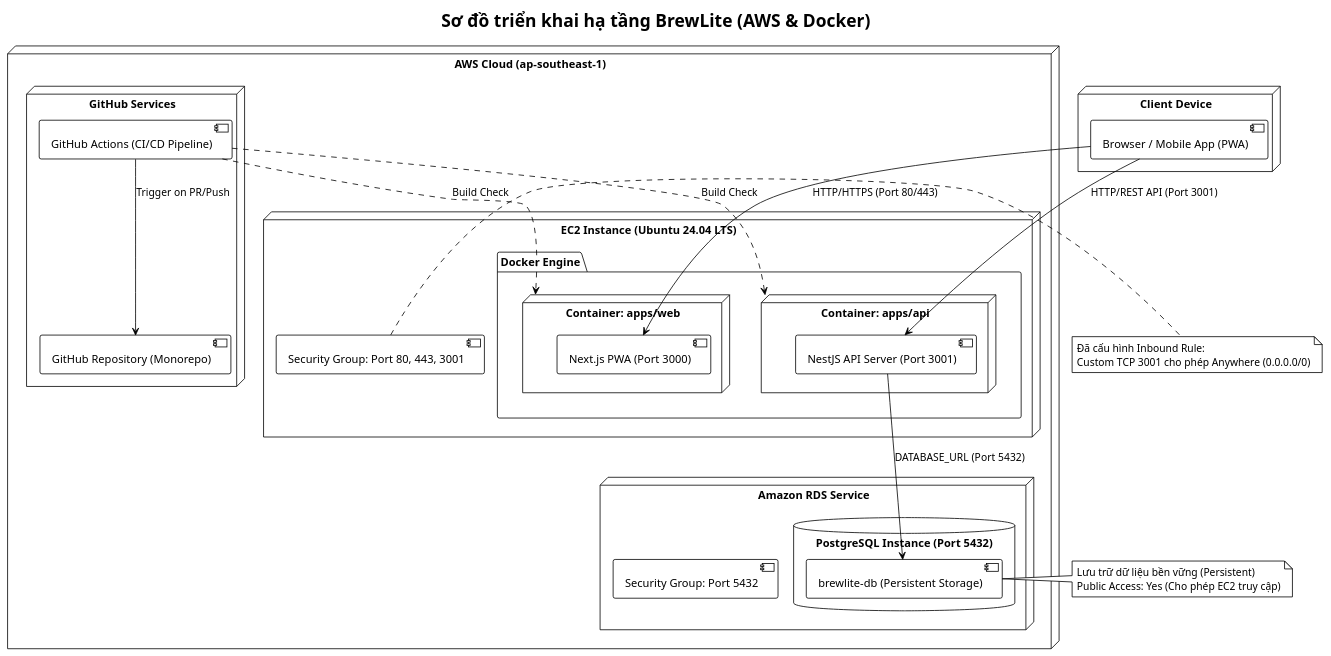
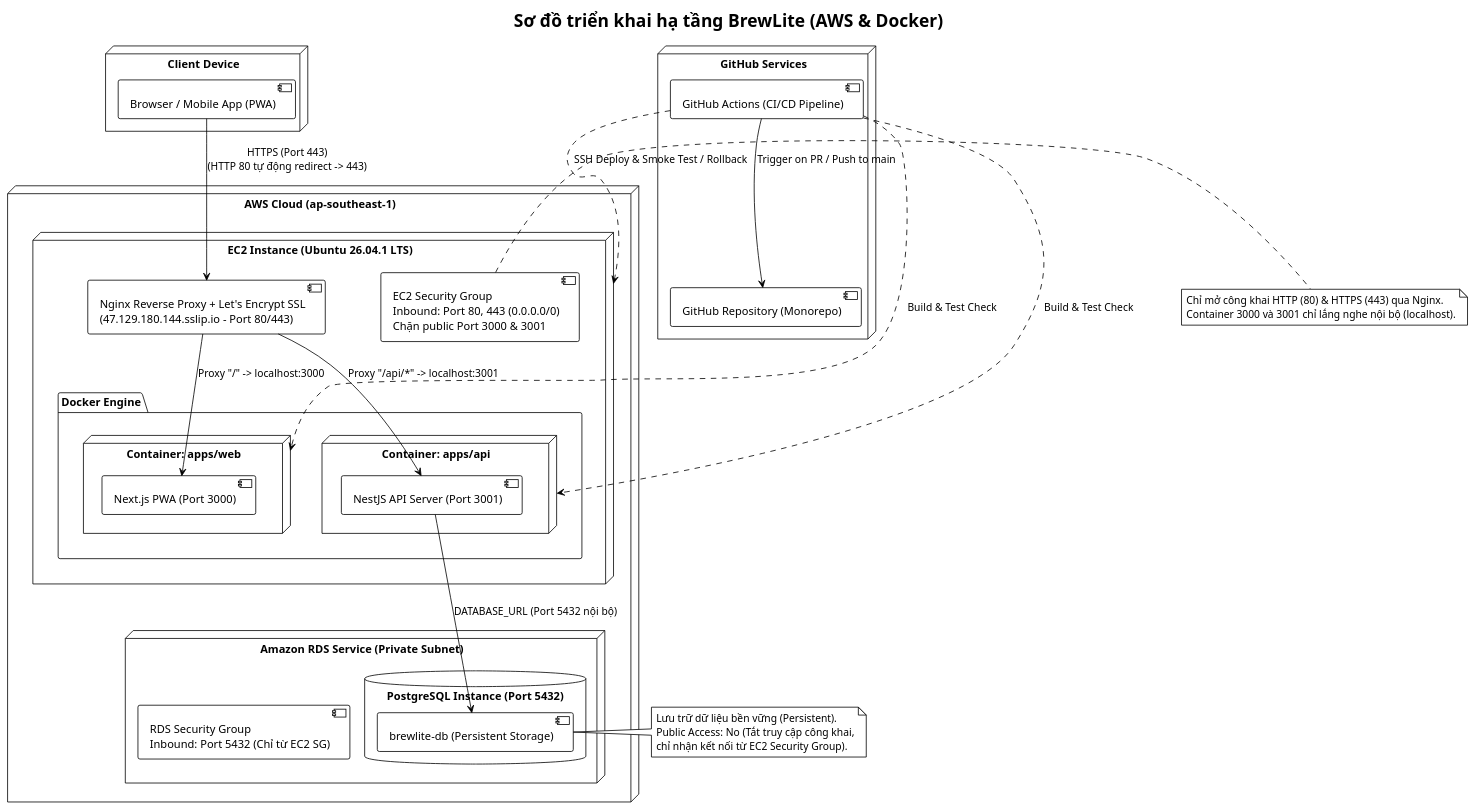
One commit to phuhoangcong333/brewlite-assignment2 changed the diagram in docs/diagrams/deployment-diagram.puml. Above: the diagram before and after it, drawn with PlantUML. The commit also changed 1 other file, not shown here.

Commit message:
docs: update deployment diagram

```diff
--- a/docs/diagrams/deployment-diagram.puml
+++ b/docs/diagrams/deployment-diagram.puml
@@ -1,57 +2,63 @@
 @startuml DeploymentDiagram
 !theme plain
 top to bottom direction
 
 title Sơ đồ triển khai hạ tầng BrewLite (AWS & Docker)
 
 node "Client Device" {
   [Browser / Mobile App (PWA)] as ClientApp
 }
 
+node "GitHub Services" as GitHubCloud {
+  [GitHub Repository (Monorepo)] as Repo
+  [GitHub Actions (CI/CD Pipeline)] as Pipeline
+}
+
 node "AWS Cloud (ap-southeast-1)" {
-  
-  node "EC2 Instance (Ubuntu 24.04 LTS)" as EC2 {
+
+  node "EC2 Instance (Ubuntu 26.04.1 LTS)" as EC2 {
+    [Nginx Reverse Proxy + Let's Encrypt SSL\n(47.129.180.144.sslip.io - Port 80/443)] as Nginx
+
     folder "Docker Engine" {
       node "Container: apps/web" as WebContainer {
         [Next.js PWA (Port 3000)] as NextServer
       }
-      
+
       node "Container: apps/api" as ApiContainer {
         [NestJS API Server (Port 3001)] as NestApi
       }
     }
-    
-    [Security Group: Port 80, 443, 3001] as EC2SecGroup
+
+    [EC2 Security Group\nInbound: Port 80, 443 (0.0.0.0/0)\nChặn public Port 3000 & 3001] as EC2SecGroup
   }
 
-  node "Amazon RDS Service" as RDSNode {
+  node "Amazon RDS Service (Private Subnet)" as RDSNode {
     database "PostgreSQL Instance (Port 5432)" as DBInstance {
       [brewlite-db (Persistent Storage)] as PostgresDB
     }
-    [Security Group: Port 5432] as RDSSecGroup
-  }
-
-  node "GitHub Services" as GitHubCloud {
-    [GitHub Repository (Monorepo)] as Repo
-    [GitHub Actions (CI/CD Pipeline)] as Pipeline
+    [RDS Security Group\nInbound: Port 5432 (Chỉ từ EC2 SG)] as RDSSecGroup
   }
 }
 
-ClientApp --> NextServer : HTTP/HTTPS (Port 80/443)
-ClientApp --> NestApi : HTTP/REST API (Port 3001)
-NestApi --> PostgresDB : DATABASE_URL (Port 5432)
-Pipeline --> Repo : Trigger on PR/Push
-Pipeline ..> WebContainer : Build Check
-Pipeline ..> ApiContainer : Build Check
+ClientApp --> Nginx : HTTPS (Port 443)\n(HTTP 80 tự động redirect -> 443)
+Nginx --> NextServer : Proxy "/" -> localhost:3000
+Nginx --> NestApi : Proxy "/api/*" -> localhost:3001
+NestApi --> PostgresDB : DATABASE_URL (Port 5432 nội bộ)
+
+Pipeline --> Repo : Trigger on PR / Push to main
+Pipeline ..> WebContainer : Build & Test Check
+Pipeline ..> ApiContainer : Build & Test Check
+Pipeline ..> EC2 : SSH Deploy & Smoke Test / Rollback
 
 note right of EC2SecGroup
-  Đã cấu hình Inbound Rule:
-  Custom TCP 3001 cho phép Anywhere (0.0.0.0/0)
+  Chỉ mở công khai HTTP (80) & HTTPS (443) qua Nginx.
+  Container 3000 và 3001 chỉ lắng nghe nội bộ (localhost).
 end note
 
 note right of PostgresDB
-  Lưu trữ dữ liệu bền vững (Persistent)
-  Public Access: Yes (Cho phép EC2 truy cập)
+  Lưu trữ dữ liệu bền vững (Persistent).
+  Public Access: No (Tắt truy cập công khai,
+  chỉ nhận kết nối từ EC2 Security Group).
 end note
 
 @enduml
```
